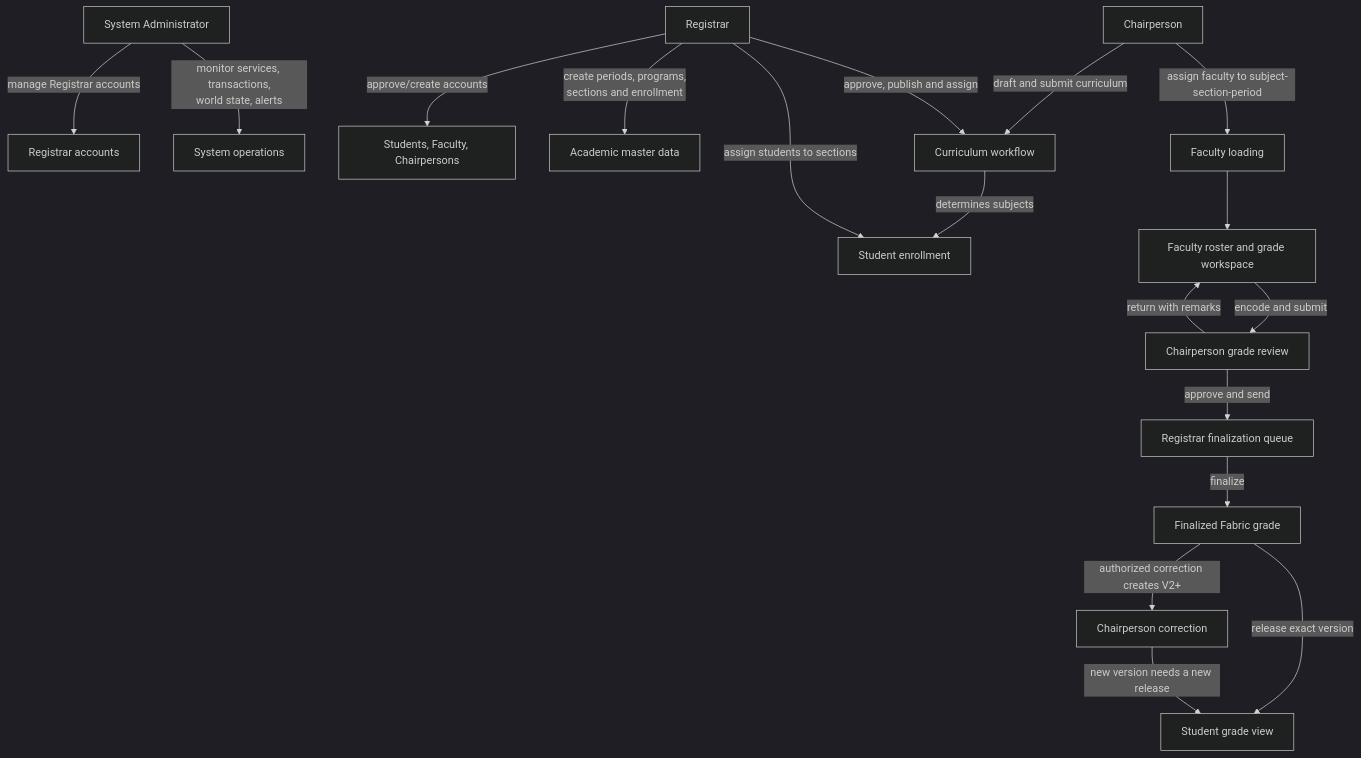
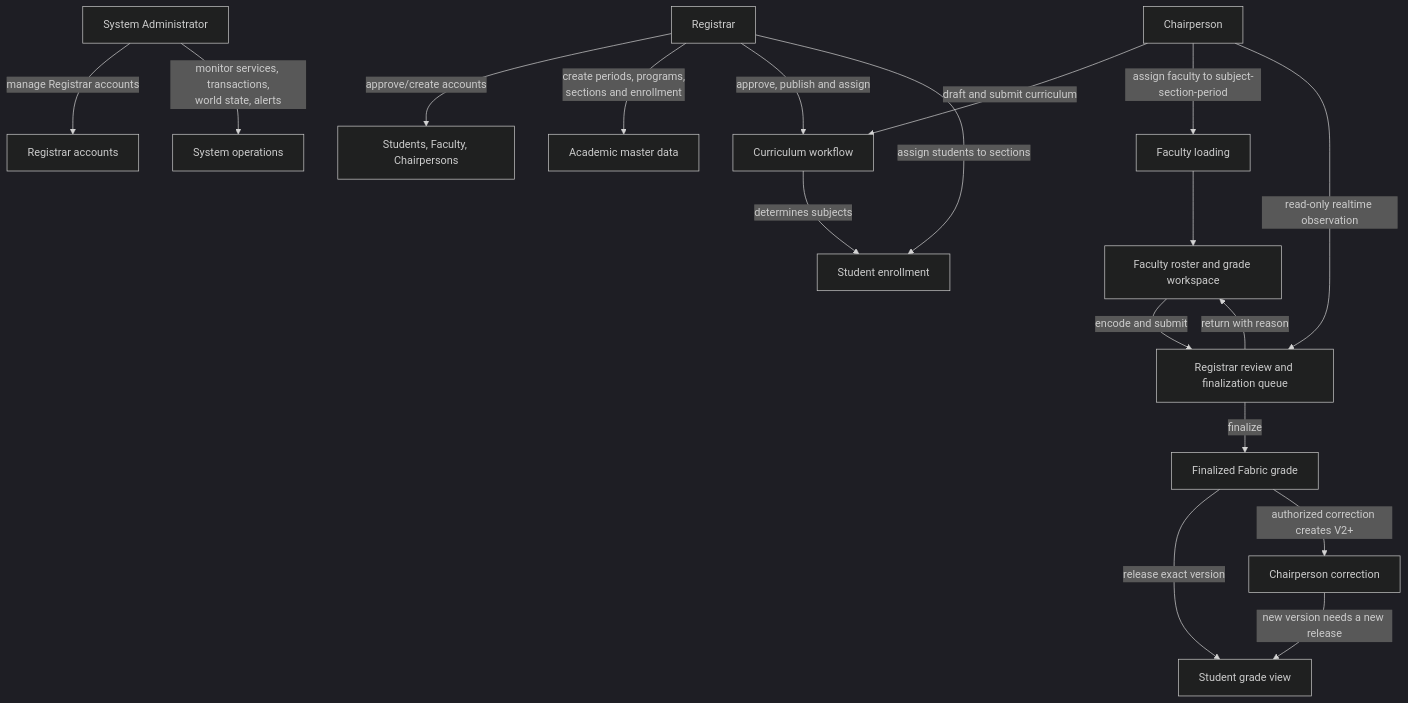
Before and after one commit to Pat-asc/PLV-BlockGO: the third of 12 diagrams in AGENTS.md, drawn with Mermaid (dark theme). The commit also changed other lines of this file and 38 other files, not shown here.

````diff
--- a/AGENTS.md
+++ b/AGENTS.md
@@ -125,25 +125,25 @@
 ```mermaid
 flowchart TD
     SA[System Administrator] -->|manage Registrar accounts| RA[Registrar accounts]
     SA -->|monitor services, transactions,<br/>world state, alerts| MON[System operations]
 
     REG[Registrar] -->|approve/create accounts| USERS[Students, Faculty, Chairpersons]
     REG -->|create periods, programs,<br/>sections and enrollment| ACADEMIC[Academic master data]
 
     CH[Chairperson] -->|draft and submit curriculum| CURR[Curriculum workflow]
     REG -->|approve, publish and assign| CURR
     CURR -->|determines subjects| ENR[Student enrollment]
 
     REG -->|assign students to sections| ENR
     CH -->|assign faculty to subject-section-period| LOAD[Faculty loading]
     LOAD --> FAC[Faculty roster and grade workspace]
 
-    FAC -->|encode and submit| REVIEW[Chairperson grade review]
-    REVIEW -->|return with remarks| FAC
-    REVIEW -->|approve and send| FINALQ[Registrar finalization queue]
+    FAC -->|encode and submit| FINALQ[Registrar review and finalization queue]
+    FINALQ -->|return with reason| FAC
+    CH -->|read-only realtime observation| FINALQ
     FINALQ -->|finalize| FABRIC[Finalized Fabric grade]
     FABRIC -->|release exact version| STUDENT[Student grade view]
 
     FABRIC -->|authorized correction creates V2+| CORR[Chairperson correction]
     CORR -->|new version needs a new release| STUDENT
 ```
````
